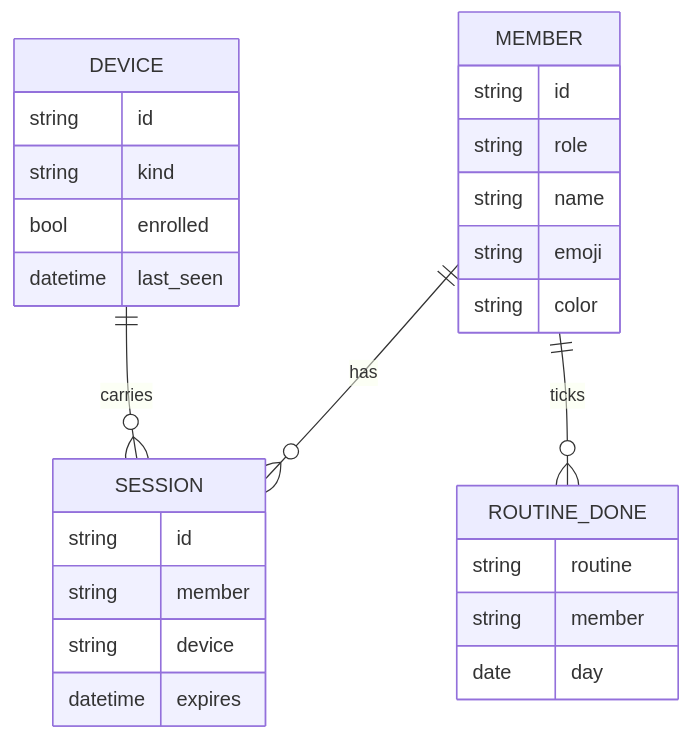
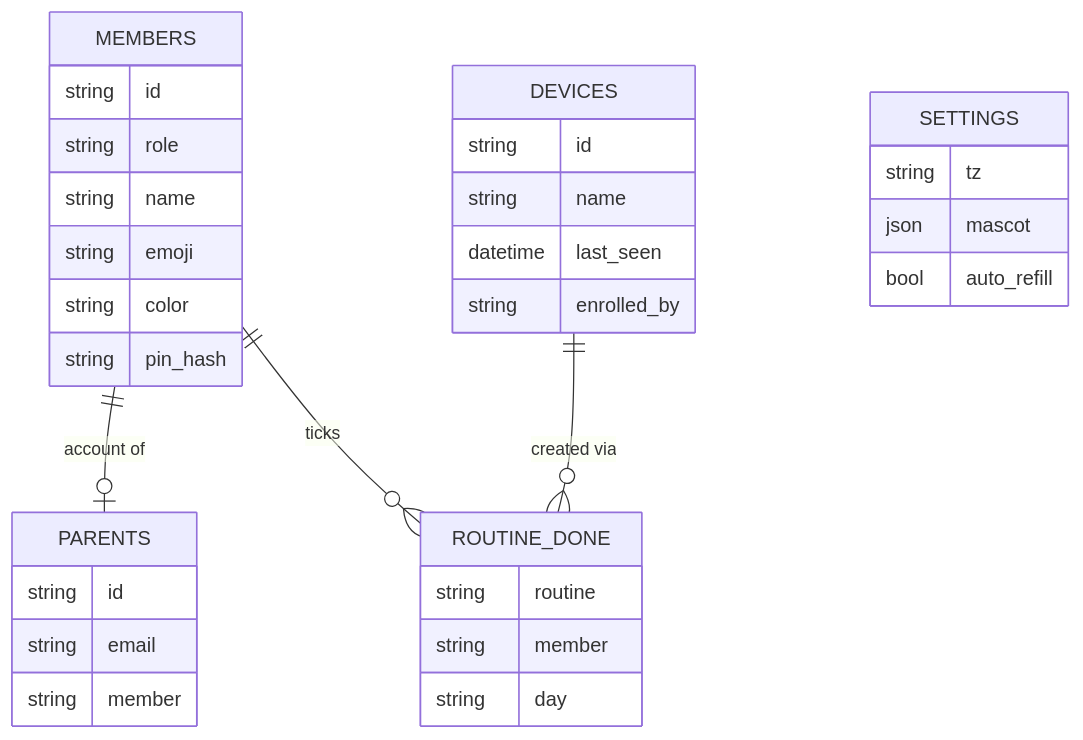
Before and after one commit to jbrandstetter/haushelden: the second of 2 diagrams in docs/openspec/specs/household-platform/design.md, drawn with Mermaid. The commit also changed other lines of this file and 14 other files, not shown here.

````diff
--- a/docs/openspec/specs/household-platform/design.md
+++ b/docs/openspec/specs/household-platform/design.md
@@ -95,10 +113,11 @@
 ```mermaid
 erDiagram
-  MEMBER ||--o{ SESSION : has
-  MEMBER ||--o{ ROUTINE_DONE : ticks
-  DEVICE ||--o{ SESSION : carries
-  MEMBER { string id string role string name string emoji string color }
-  DEVICE { string id string kind bool enrolled datetime last_seen }
-  SESSION { string id string member string device datetime expires }
-  ROUTINE_DONE { string routine string member date day }
+  MEMBERS ||--o| PARENTS : "account of"
+  MEMBERS ||--o{ ROUTINE_DONE : ticks
+  DEVICES ||--o{ ROUTINE_DONE : "created via"
+  MEMBERS { string id string role string name string emoji string color string pin_hash }
+  PARENTS { string id string email string member }
+  DEVICES { string id string name datetime last_seen string enrolled_by }
+  ROUTINE_DONE { string routine string member string day }
+  SETTINGS { string tz json mascot bool auto_refill }
 ```
````
